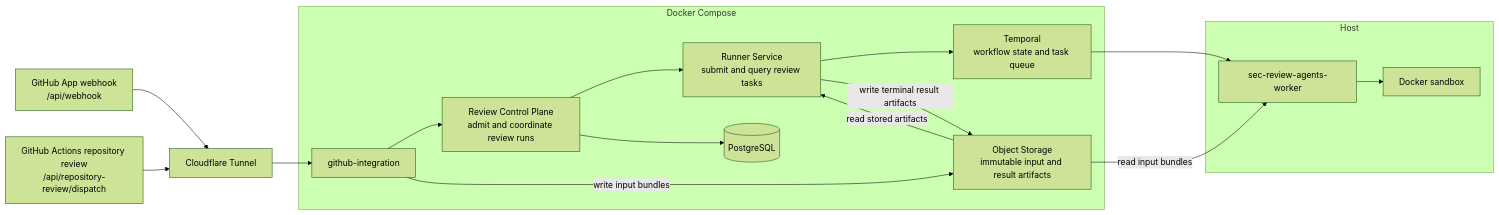
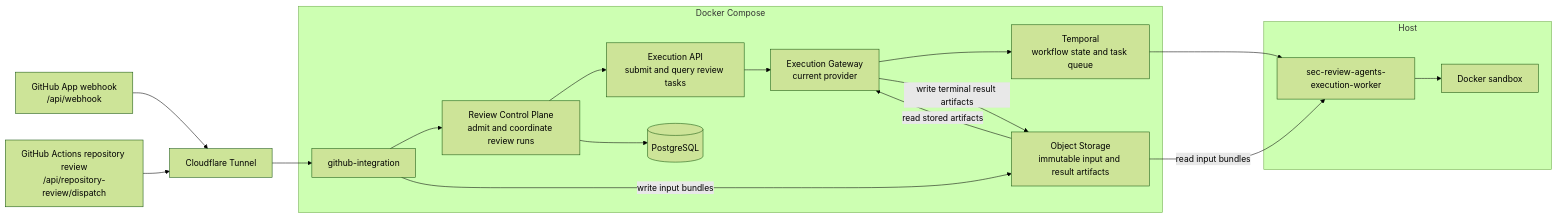
Before and after one commit to Agent-AI-Chalmers/sec-review-bot: the diagram in docs/operations/LOCAL_INTEGRATED_DEPLOYMENT.md, drawn with Mermaid (forest theme). The commit also changed other lines of this file and 16 other files, not shown here.

Commit message:
docs(architecture): document the runtime topology

````diff
--- a/docs/operations/LOCAL_INTEGRATED_DEPLOYMENT.md
+++ b/docs/operations/LOCAL_INTEGRATED_DEPLOYMENT.md
@@ -11,23 +11,24 @@
 ```mermaid
 flowchart LR
     webhook["GitHub App webhook<br/>/api/webhook"] --> tunnel["Cloudflare Tunnel"]
     dispatch["GitHub Actions repository review<br/>/api/repository-review/dispatch"] --> tunnel
 
     subgraph compose["Docker Compose"]
         integration["github-integration"] --> control["Review Control Plane<br/>admit and coordinate review runs"]
-        control --> runner["Runner Service<br/>submit and query review tasks"]
+        control --> api["Execution API<br/>submit and query review tasks"]
+        api --> gateway["Execution Gateway<br/>current provider"]
         control --> postgres[(PostgreSQL)]
-        runner --> temporal["Temporal<br/>workflow state and task queue"]
+        gateway --> temporal["Temporal<br/>workflow state and task queue"]
         integration -->|write input bundles| storage["Object Storage<br/>immutable input and result artifacts"]
-        runner -->|write terminal result artifacts| storage
+        gateway -->|write terminal result artifacts| storage
     end
 
     subgraph host["Host"]
-        worker["sec-review-agents-worker"] --> sandbox["Docker sandbox"]
+        worker["sec-review-agents-execution-worker"] --> sandbox["Docker sandbox"]
     end
 
     tunnel --> integration
     temporal --> worker
     storage -->|read input bundles| worker
-    storage -->|read stored artifacts| runner
+    storage -->|read stored artifacts| gateway
 ```
````
